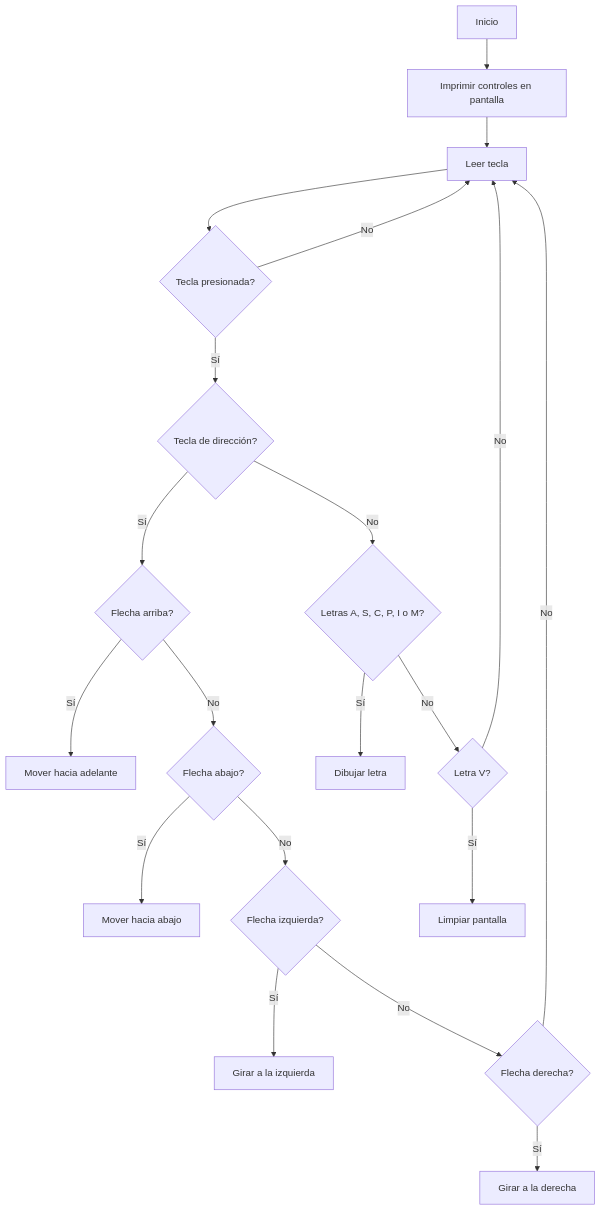
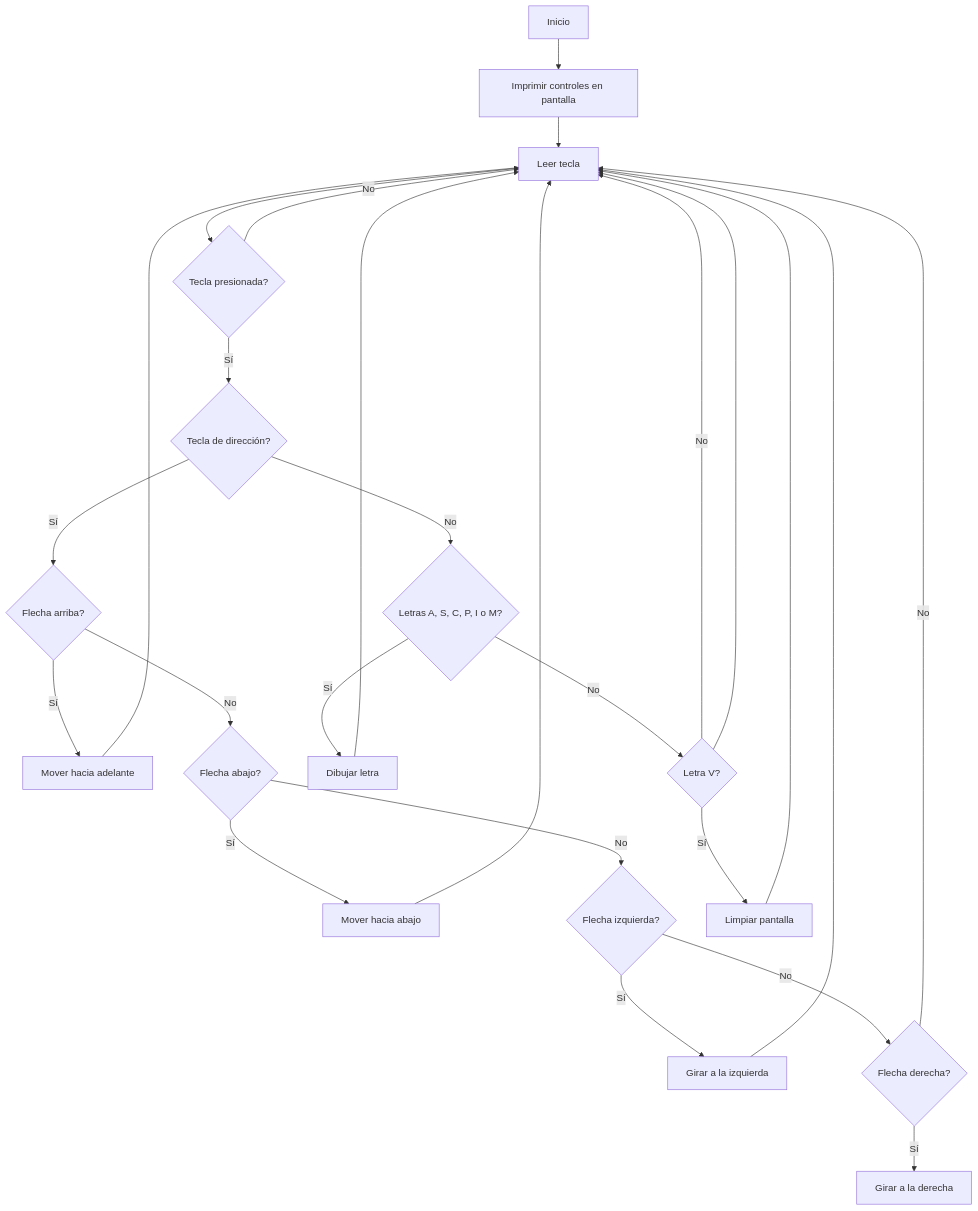
One commit to isamendo17/LabRobotica changed the diagram in README.md. Above: the diagram before and after it, drawn with Mermaid.

````diff
--- a/README.md
+++ b/README.md
@@ -10,22 +10,28 @@
 ```mermaid
 flowchart TD
     A[Inicio] --> B[Imprimir controles en pantalla]
     B --> C[Leer tecla]
     C --> D{Tecla presionada?}
     D -- Sí --> E{Tecla de dirección?}
     D -- No --> C
     E -- Sí --> F{Flecha arriba?}
     E -- No --> G{Letras A, S, C, P, I o M?}
     F -- Sí --> H[Mover hacia adelante]
     F -- No --> I{Flecha abajo?}
     G -- Sí --> J[Dibujar letra]
     G -- No --> K{Letra V?}
+    H --> C
     I -- Sí --> L[Mover hacia abajo]
     I -- No --> M{Flecha izquierda?}
+    J --> C
     K -- Sí --> N[Limpiar pantalla]
     K -- No --> C
+    L --> C
     M -- Sí --> O[Girar a la izquierda]
     M -- No --> P{Flecha derecha?}
+    N --> C
+    O --> C
     P -- Sí --> Q[Girar a la derecha]
     P -- No --> C
+    K --> C
 ```
````
